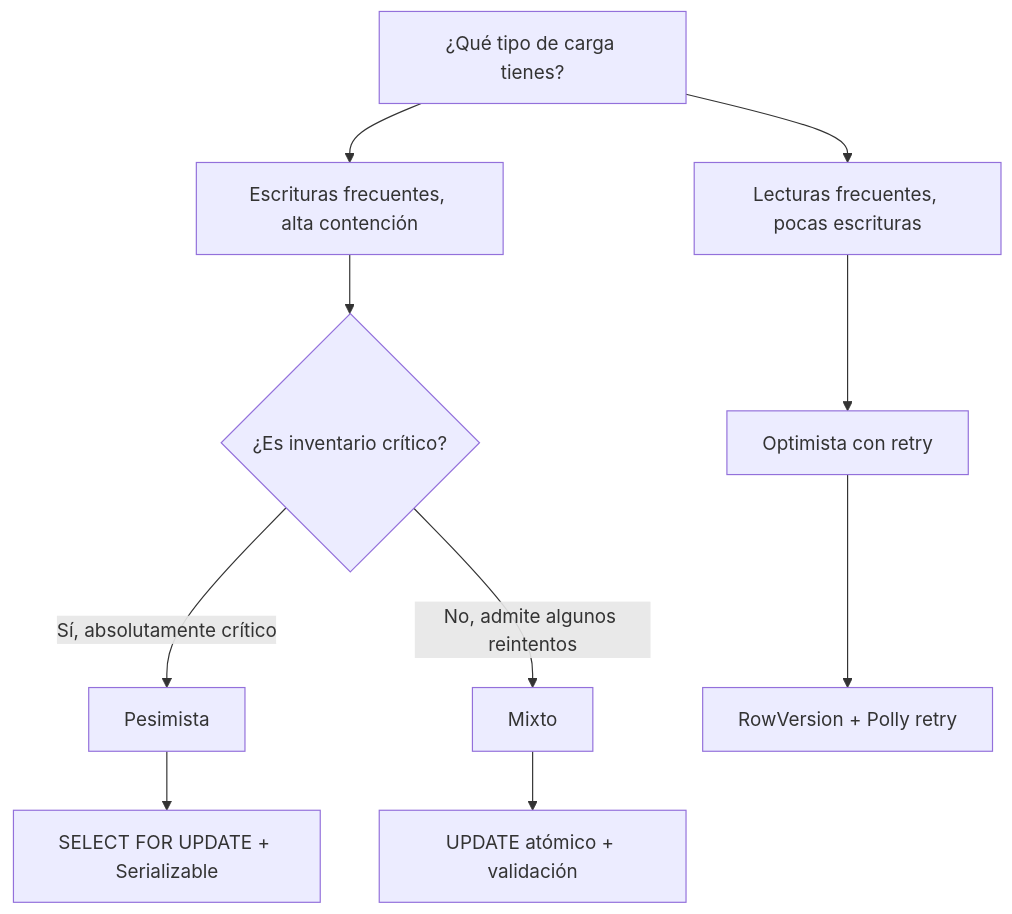
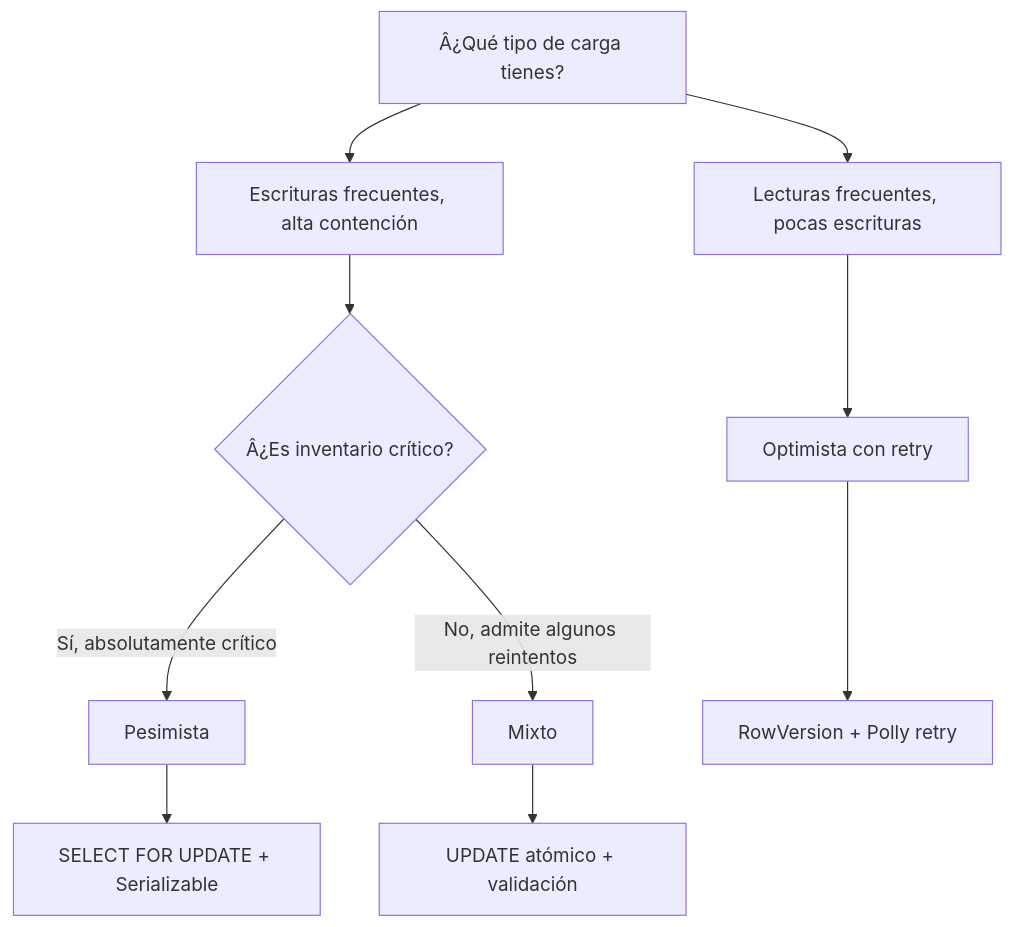
One commit to joseluisgs/TiendaDawApi-Cqrs-MediatR-NetCore changed the eighth of 10 diagrams in doc/15-pedidos-transacciones.md. Above: the diagram before and after it, drawn with Mermaid. The commit also changed other lines of this file and 35 other files, not shown here.

````diff
--- a/doc/15-pedidos-transacciones.md
+++ b/doc/15-pedidos-transacciones.md
@@ -1056,15 +1056,15 @@
 ```mermaid
 flowchart TD
-    A["¿Qué tipo de carga tienes?"] --> B["Escrituras frecuentes, alta contención"]
+    A["Â¿Qué tipo de carga tienes?"] --> B["Escrituras frecuentes, alta contención"]
     A --> C["Lecturas frecuentes, pocas escrituras"]
     
-    B --> D{"¿Es inventario crítico?"}
+    B --> D{"Â¿Es inventario crítico?"}
     D -->|Sí, absolutamente crítico| E["Pesimista"]
     D -->|No, admite algunos reintentos| F["Mixto"]
     
     C --> G["Optimista con retry"]
     
     E --> H["SELECT FOR UPDATE + Serializable"]
     F --> I["UPDATE atómico + validación"]
     G --> J["RowVersion + Polly retry"]
 ```
````
